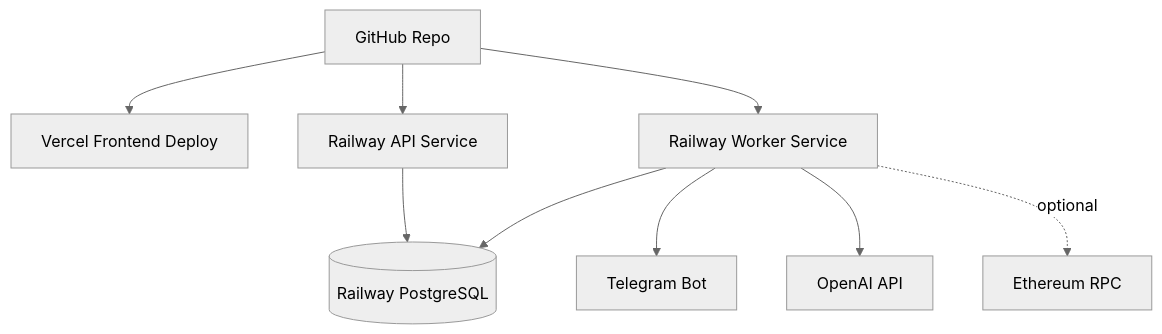
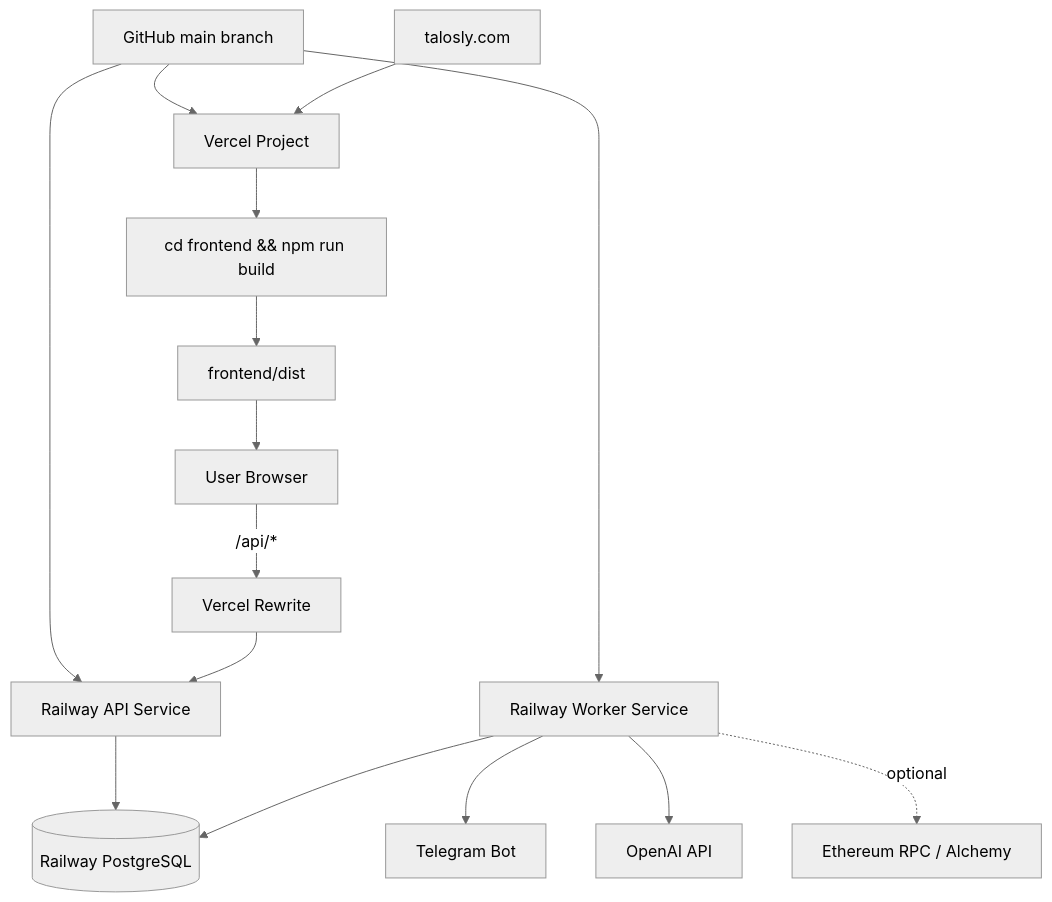
The seventh of 7 diagrams in README.md (hasansazly/Talosly-startup), drawn with Mermaid (neutral theme) before and after one commit. The commit also changed other lines of this file, not shown here.

````diff
--- a/README.md
+++ b/README.md
@@ -507,11 +504,19 @@
 ```mermaid
 flowchart TD
-  GitHub[GitHub Repo] --> Vercel[Vercel Frontend Deploy]
-  GitHub --> RailwayAPI[Railway API Service]
-  GitHub --> RailwayWorker[Railway Worker Service]
+  Main[GitHub main branch] --> Vercel[Vercel Project]
+  Main --> RailwayAPI[Railway API Service]
+  Main --> RailwayWorker[Railway Worker Service]
+
+  Domain[talosly.com] --> Vercel
+  Vercel --> Build[cd frontend && npm run build]
+  Build --> Static[frontend/dist]
+  Static --> Browser[User Browser]
+  Browser -->|/api/*| VercelRewrite[Vercel Rewrite]
+  VercelRewrite --> RailwayAPI
+
   RailwayAPI --> DB[(Railway PostgreSQL)]
   RailwayWorker --> DB
   RailwayWorker --> Telegram[Telegram Bot]
   RailwayWorker --> OpenAI[OpenAI API]
-  RailwayWorker -. optional .-> RPC[Ethereum RPC]
+  RailwayWorker -. optional .-> RPC[Ethereum RPC / Alchemy]
 ```
````
